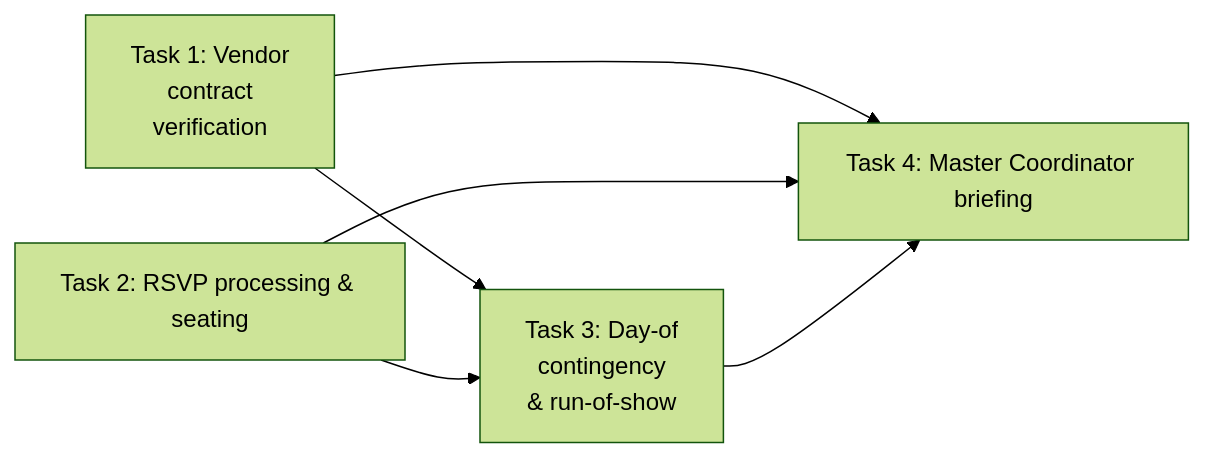
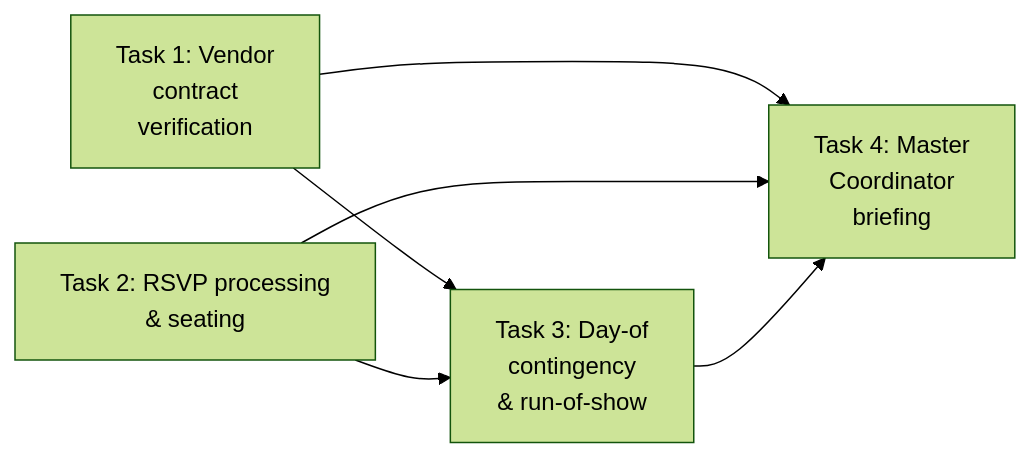
Before and after one commit to krishnamurali88/wedding-planner: the first of 2 diagrams in README.md, drawn with Mermaid (forest theme).

Commit message:
update readme and prompt

````diff
--- a/README.md
+++ b/README.md
@@ -18,12 +18,15 @@
 ```mermaid
 flowchart LR
     A[Task 1: Vendor
      contract
      verification] --> C[Task 3: Day-of 
      contingency 
      & run-of-show]
-    B[Task 2: RSVP processing & seating] --> C
-    A --> D[Task 4: Master Coordinator briefing]
+    B[Task 2: RSVP processing
+     & seating] --> C
+    A --> D[Task 4: Master 
+    Coordinator 
+    briefing]
     B --> D
     C --> D
 ```
````
